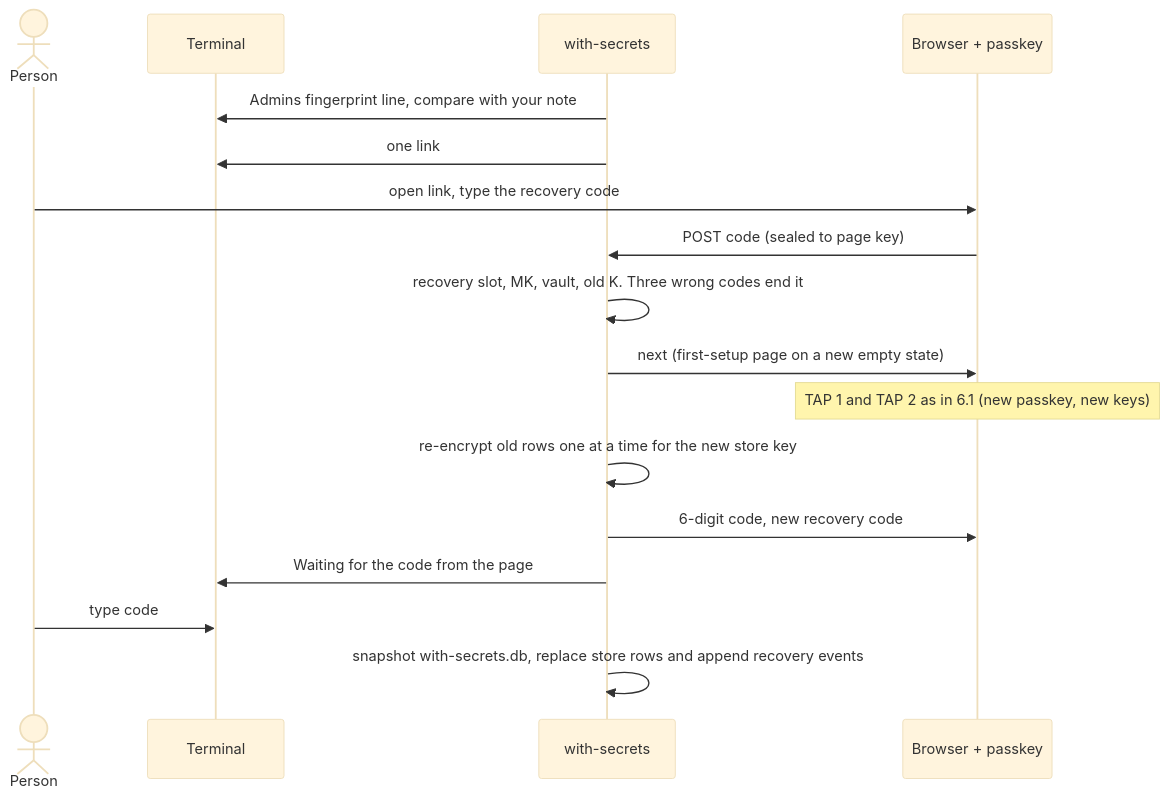
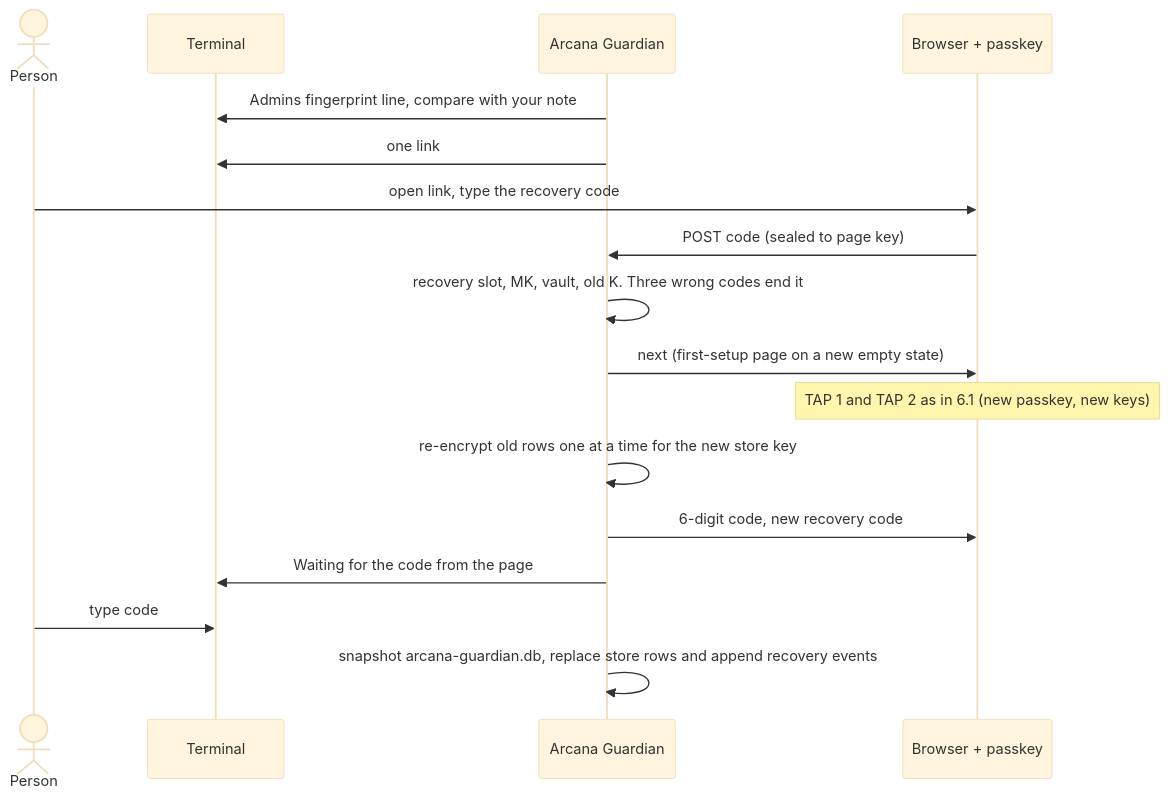
The eighth of 8 diagrams in docs/architecture.md (CodePenguin/with-secrets), drawn with Mermaid (base theme) before and after one commit. The commit also changed other lines of this file and 709 other files, not shown here.

Commit message:
Rename project to Arcana Guardian (#18)

````diff
--- a/docs/architecture.md
+++ b/docs/architecture.md
@@ -317,19 +317,19 @@
 ```mermaid
 sequenceDiagram
     actor P as Person
     participant T as Terminal
-    participant C as with-secrets
+    participant C as Arcana Guardian
     participant B as Browser + passkey
     C->>T: Admins fingerprint line, compare with your note
     C->>T: one link
     P->>B: open link, type the recovery code
     B->>C: POST code (sealed to page key)
     C->>C: recovery slot, MK, vault, old K. Three wrong codes end it
     C->>B: next (first-setup page on a new empty state)
     Note over B: TAP 1 and TAP 2 as in 6.1 (new passkey, new keys)
     C->>C: re-encrypt old rows one at a time for the new store key
     C->>B: 6-digit code, new recovery code
     C->>T: Waiting for the code from the page
     P->>T: type code
-    C->>C: snapshot with-secrets.db, replace store rows and append recovery events
+    C->>C: snapshot arcana-guardian.db, replace store rows and append recovery events
 ```
````
